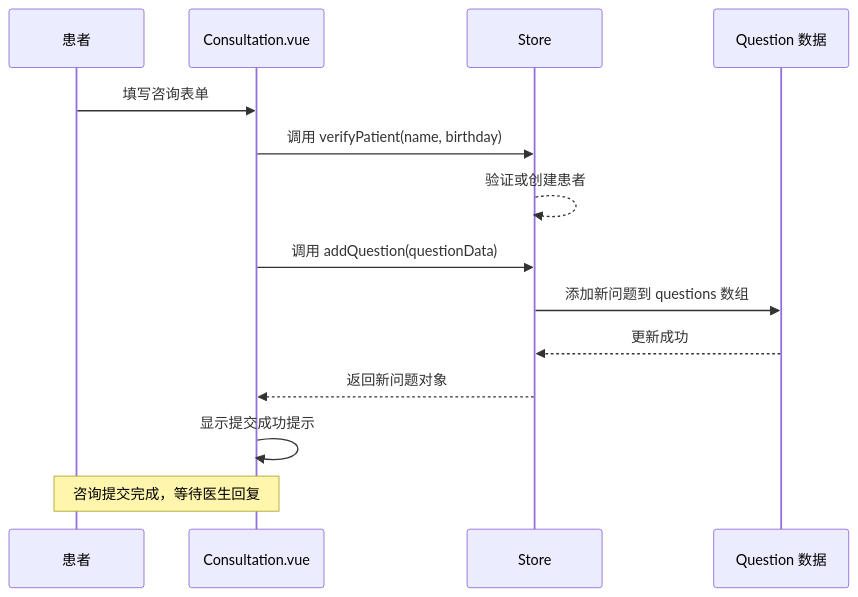
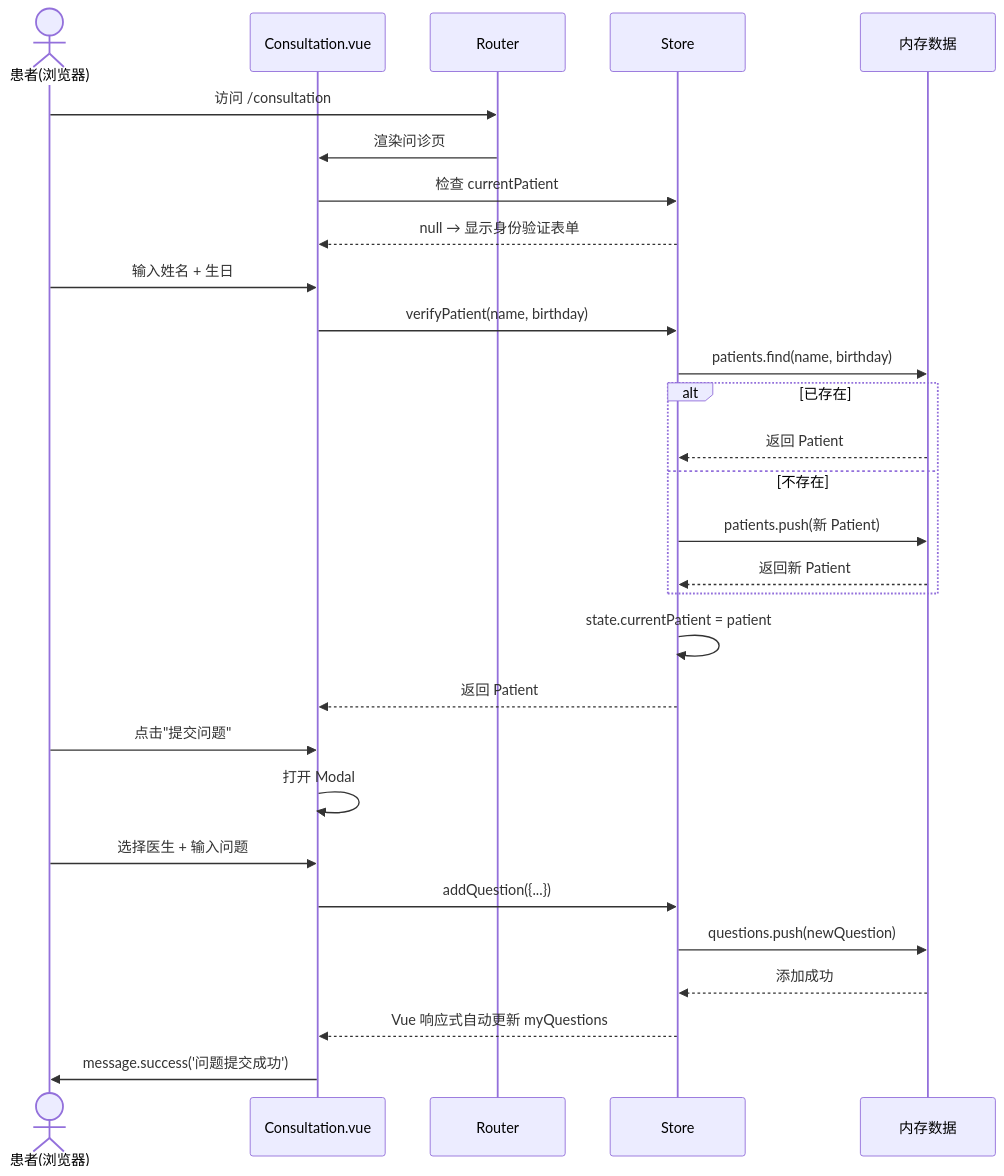
The fifth of 8 diagrams in .asdm/contexts/architecture.md (fanleiotot/qa-live-healthcare-interview), drawn with Mermaid before and after one commit. The commit also changed other lines of this file and 2 other files, not shown here.

````diff
--- a/.asdm/contexts/architecture.md
+++ b/.asdm/contexts/architecture.md
@@ -338,17 +258,34 @@
 ```mermaid
 sequenceDiagram
-    participant P as 患者
+    actor P as 患者(浏览器)
     participant C as Consultation.vue
+    participant R as Router
     participant S as Store
-    participant Q as Question 数据
-    
-    P->>C: 填写咨询表单
-    C->>S: 调用 verifyPatient(name, birthday)
-    S-->>S: 验证或创建患者
-    C->>S: 调用 addQuestion(questionData)
-    S->>Q: 添加新问题到 questions 数组
-    Q-->>S: 更新成功
-    S-->>C: 返回新问题对象
-    C->>C: 显示提交成功提示
-    Note over P,C: 咨询提交完成，等待医生回复
+    participant D as 内存数据
+
+    P->>R: 访问 /consultation
+    R->>C: 渲染问诊页
+    C->>S: 检查 currentPatient
+    S-->>C: null → 显示身份验证表单
+
+    P->>C: 输入姓名 + 生日
+    C->>S: verifyPatient(name, birthday)
+    S->>D: patients.find(name, birthday)
+    alt 已存在
+        D-->>S: 返回 Patient
+    else 不存在
+        S->>D: patients.push(新 Patient)
+        D-->>S: 返回新 Patient
+    end
+    S->>S: state.currentPatient = patient
+    S-->>C: 返回 Patient
+
+    P->>C: 点击"提交问题"
+    C->>C: 打开 Modal
+    P->>C: 选择医生 + 输入问题
+    C->>S: addQuestion({...})
+    S->>D: questions.push(newQuestion)
+    D-->>S: 添加成功
+    S-->>C: Vue 响应式自动更新 myQuestions
+    C->>P: message.success('问题提交成功')
 ```
````
